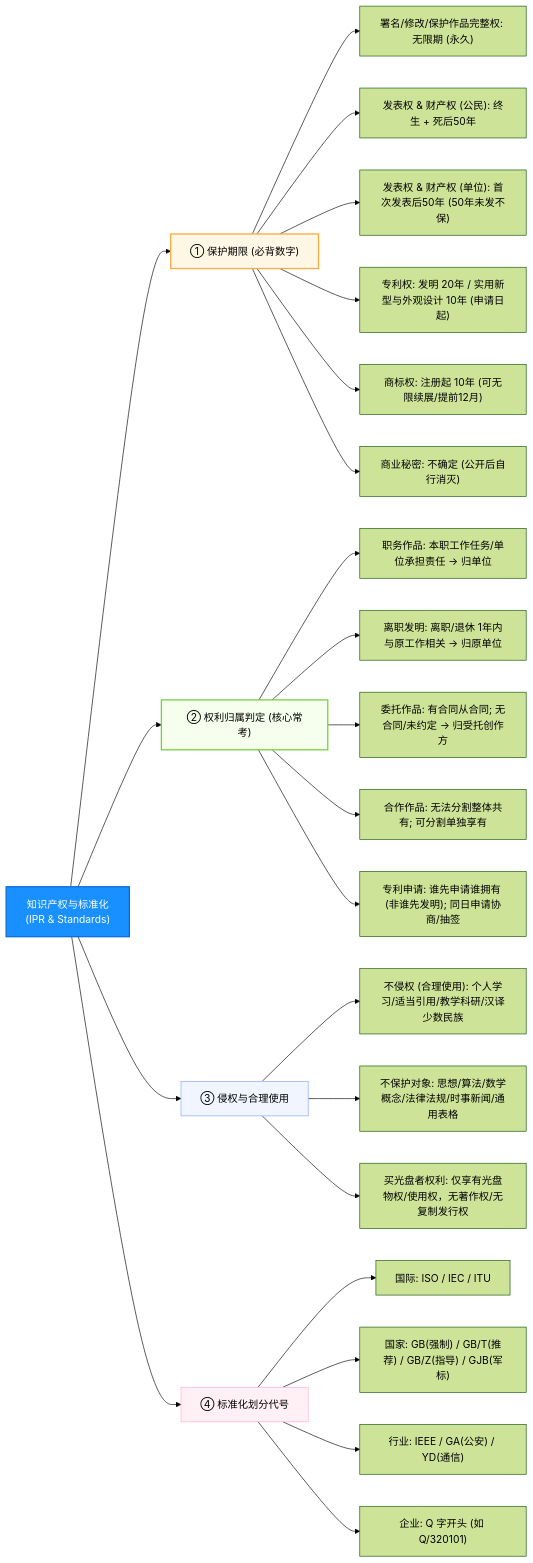
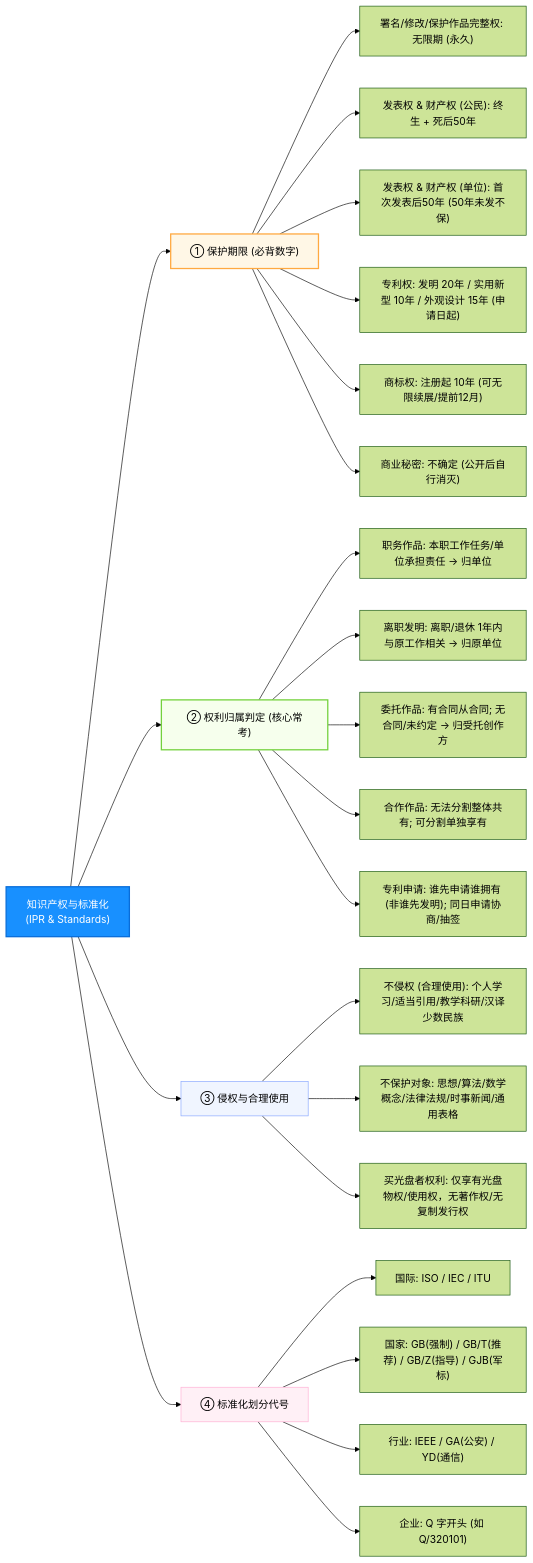
The diagram in 01-fast-pass/07.知识产权与标准化速记指南.md (cpsa3/software-designer-fast-pass), drawn with Mermaid (forest theme) before and after one commit. The commit also changed other lines of this file and 2 other files, not shown here.

First line of the commit message:
fix(cheatsheets): 全量核查 58 张冲刺截图并修复 42 处遗漏与分歧

````diff
--- a/01-fast-pass/07.知识产权与标准化速记指南.md
+++ b/01-fast-pass/07.知识产权与标准化速记指南.md
@@ -25,43 +25,43 @@
 ```mermaid
 flowchart LR
     IPR["知识产权与标准化<br>(IPR & Standards)"]
 
     %% 一级分支
     IPR --> Term["① 保护期限 (必背数字)"]
     IPR --> Owner["② 权利归属判定 (核心常考)"]
     IPR --> Infringe["③ 侵权与合理使用"]
     IPR --> Std["④ 标准化划分代号"]
 
     %% 保护期限
     Term --> T1["署名/修改/保护作品完整权: 无限期 (永久)"]
     Term --> T2["发表权 & 财产权 (公民): 终生 + 死后50年"]
     Term --> T3["发表权 & 财产权 (单位): 首次发表后50年 (50年未发不保)"]
-    Term --> T4["专利权: 发明 20年 / 实用新型与外观设计 10年 (申请日起)"]
+    Term --> T4["专利权: 发明 20年 / 实用新型 10年 / 外观设计 15年 (申请日起)"]
     Term --> T5["商标权: 注册起 10年 (可无限续展/提前12月)"]
     Term --> T6["商业秘密: 不确定 (公开后自行消灭)"]
 
     %% 权利归属
     Owner --> O1["职务作品: 本职工作任务/单位承担责任 -> 归单位"]
     Owner --> O2["离职发明: 离职/退休 1年内与原工作相关 -> 归原单位"]
     Owner --> O3["委托作品: 有合同从合同; 无合同/未约定 -> 归受托创作方"]
     Owner --> O4["合作作品: 无法分割整体共有; 可分割单独享有"]
     Owner --> O5["专利申请: 谁先申请谁拥有 (非谁先发明); 同日申请协商/抽签"]
 
     %% 侵权判定
     Infringe --> I1["不侵权 (合理使用): 个人学习/适当引用/教学科研/汉译少数民族"]
     Infringe --> I2["不保护对象: 思想/算法/数学概念/法律法规/时事新闻/通用表格"]
     Infringe --> I3["买光盘者权利: 仅享有光盘物权/使用权，无著作权/无复制发行权"]
 
     %% 标准化
     Std --> S1["国际: ISO / IEC / ITU"]
     Std --> S2["国家: GB(强制) / GB/T(推荐) / GB/Z(指导) / GJB(军标)"]
     Std --> S3["行业: IEEE / GA(公安) / YD(通信)"]
     Std --> S4["企业: Q 字开头 (如 Q/320101)"]
 
     %% 样式美化
     style IPR fill:#1890ff,stroke:#096dd9,stroke-width:2px,color:#fff
     style Term fill:#fff7e6,stroke:#ffa940,stroke-width:2px
     style Owner fill:#f6ffed,stroke:#73d13d,stroke-width:2px
     style Infringe fill:#f0f5ff,stroke:#85a5ff
     style Std fill:#fff0f6,stroke:#ffadd2
 ```
````
